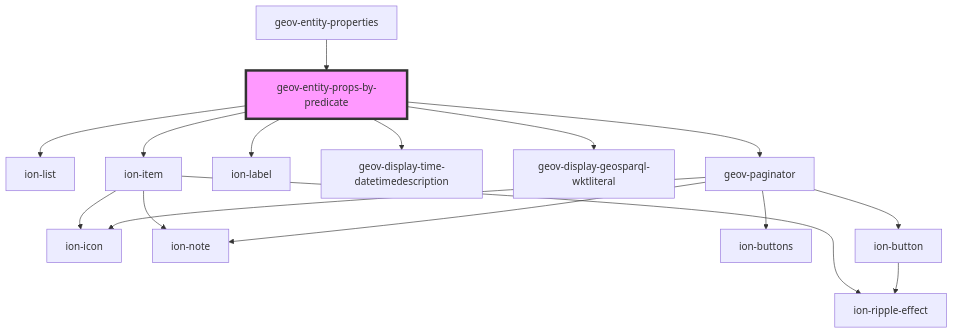
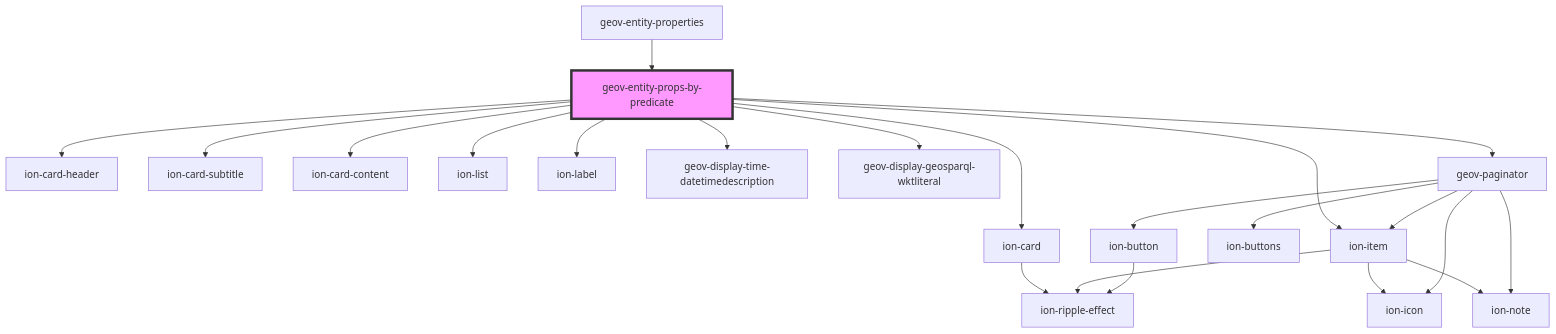
Before and after one commit to geovistory/design-system: the diagram in packages/design-system-web/src/components/geov-entity-props-by-predicate/readme.md, drawn with Mermaid. The commit also changed other lines of this file and 21 other files, not shown here.

````diff
--- a/packages/design-system-web/src/components/geov-entity-props-by-predicate/readme.md
+++ b/packages/design-system-web/src/components/geov-entity-props-by-predicate/readme.md
@@ -47,19 +53,25 @@
 ```mermaid
 graph TD;
+  geov-entity-props-by-predicate --> ion-card
+  geov-entity-props-by-predicate --> ion-card-header
+  geov-entity-props-by-predicate --> ion-card-subtitle
+  geov-entity-props-by-predicate --> ion-card-content
   geov-entity-props-by-predicate --> ion-list
   geov-entity-props-by-predicate --> ion-item
   geov-entity-props-by-predicate --> ion-label
   geov-entity-props-by-predicate --> geov-display-time-datetimedescription
   geov-entity-props-by-predicate --> geov-display-geosparql-wktliteral
   geov-entity-props-by-predicate --> geov-paginator
+  ion-card --> ion-ripple-effect
   ion-item --> ion-icon
   ion-item --> ion-ripple-effect
   ion-item --> ion-note
+  geov-paginator --> ion-item
   geov-paginator --> ion-note
   geov-paginator --> ion-buttons
   geov-paginator --> ion-button
   geov-paginator --> ion-icon
   ion-button --> ion-ripple-effect
   geov-entity-properties --> geov-entity-props-by-predicate
   style geov-entity-props-by-predicate fill:#f9f,stroke:#333,stroke-width:4px
 ```
````
